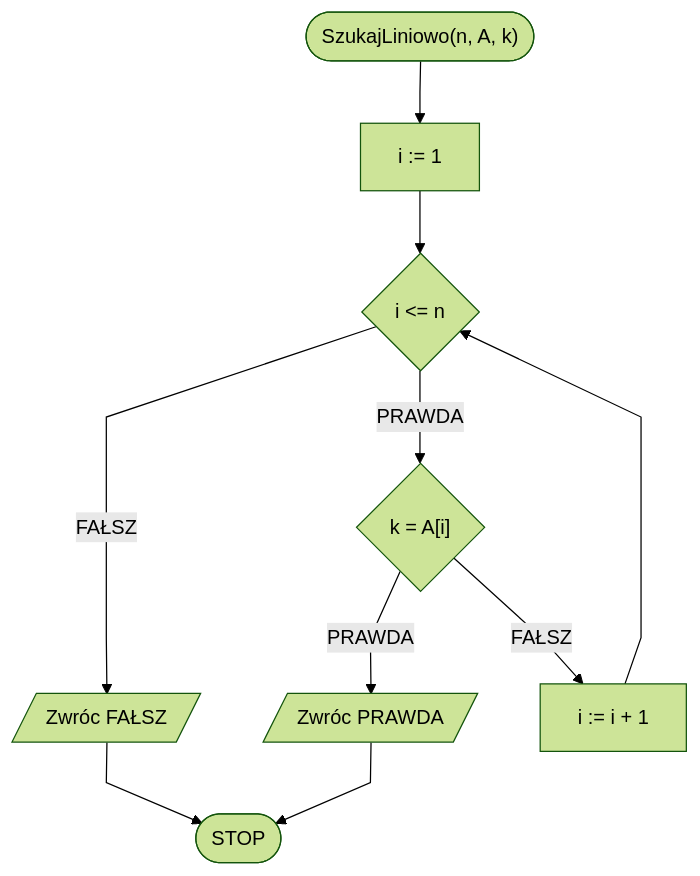
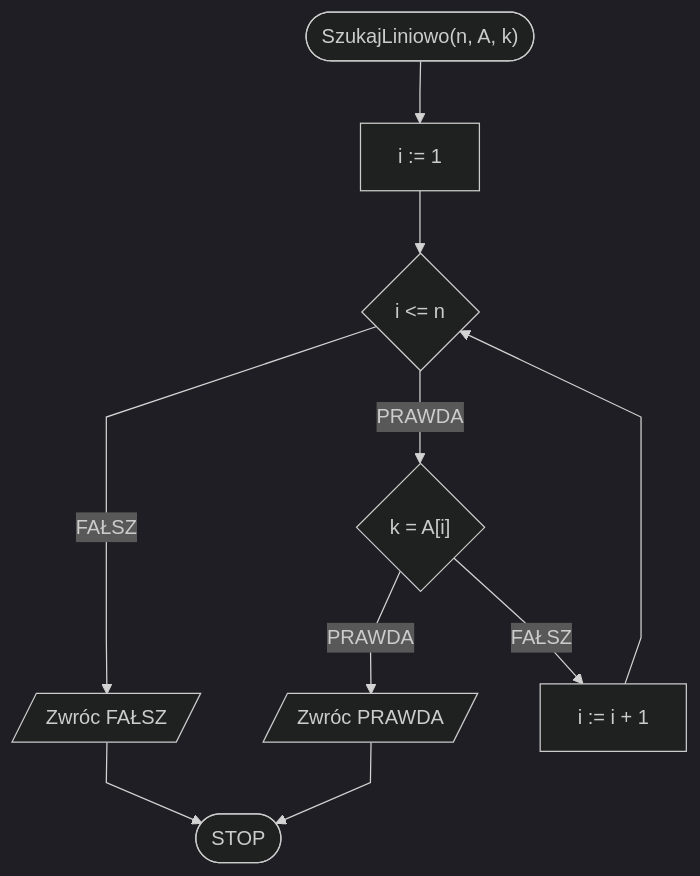
The first of 3 diagrams in algorithms/searching/linear-search.md (blackbat13/cs-htiew-gitbook), drawn with Mermaid before and after one commit.

````diff
--- a/algorithms/searching/linear-search.md
+++ b/algorithms/searching/linear-search.md
@@ -94,13 +94,13 @@
 ```mermaid
-%%{init: {"flowchart": {"curve": "linear"}, "theme": "forest"} }%%
+%%{init: {"flowchart": {"curve": "linear"}, "theme": "dark"} }%%
 flowchart TD
 	START(["SzukajLiniowo(n, A, k)"]) --> B[i := 1]
 	B --> C{i <= n}
 	C -- FAŁSZ --> D[/Zwróc FAŁSZ/]
 	C -- PRAWDA --> E{"k = A[i]"}
 	E -- PRAWDA --> F[/Zwróc PRAWDA/]
 	E -- FAŁSZ --> G[i := i + 1]
 	G --> C
 	D --> STOP([STOP])
 	F --> STOP
 ```
````
